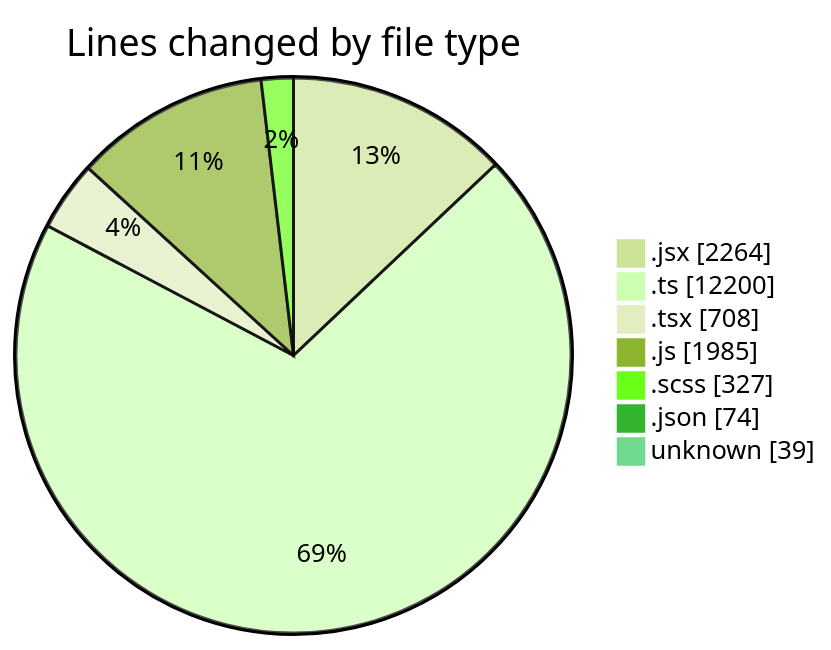
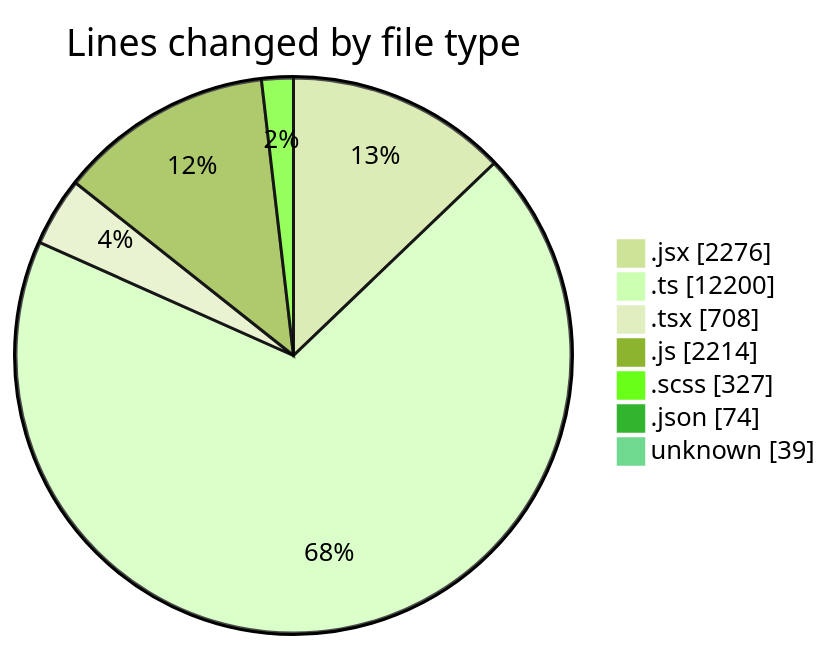
The first of 2 diagrams in 2025-06-05/cda/README.md (momahboobian/code-tracking), drawn with Mermaid (forest theme) before and after one commit. The commit also changed other lines of this file and 1 other file, not shown here.

````diff
--- a/2025-06-05/cda/README.md
+++ b/2025-06-05/cda/README.md
@@ -51,11 +52,11 @@
 ```mermaid
 pie showData
 title Lines changed by file type
-".jsx" : 2264
+".jsx" : 2276
 ".ts" : 12200
 ".tsx" : 708
-".js" : 1985
+".js" : 2214
 ".scss" : 327
 ".json" : 74
 "unknown" : 39
 ```
````
